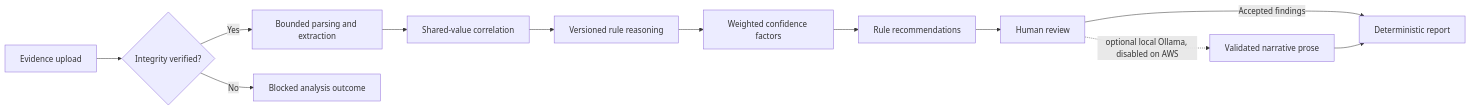
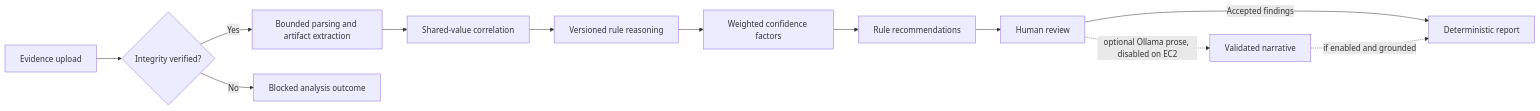
Before and after one commit to shikhar-sahay/provena: the third of 4 diagrams in README.md, drawn with Mermaid. The commit also changed other lines of this file and 6 other files, not shown here.

Commit message:
docs: unify Provena documentation around product architecture

````diff
--- a/README.md
+++ b/README.md
@@ -115,14 +64,14 @@
 ```mermaid
 flowchart LR
     U[Evidence upload] --> V{Integrity verified?}
-    V -->|Yes| P[Bounded parsing and extraction]
+    V -->|Yes| P[Bounded parsing and artifact extraction]
     V -->|No| BLOCK[Blocked analysis outcome]
     P --> C[Shared-value correlation]
     C --> R[Versioned rule reasoning]
     R --> S[Weighted confidence factors]
     S --> REC[Rule recommendations]
     REC --> H[Human review]
     H -->|Accepted findings| D[Deterministic report]
-    H -. "optional local Ollama, disabled on AWS" .-> L[Validated narrative prose]
-    L --> D
+    H -. "optional Ollama prose, disabled on EC2" .-> L[Validated narrative]
+    L -. "if enabled and grounded" .-> D
 ```
````
